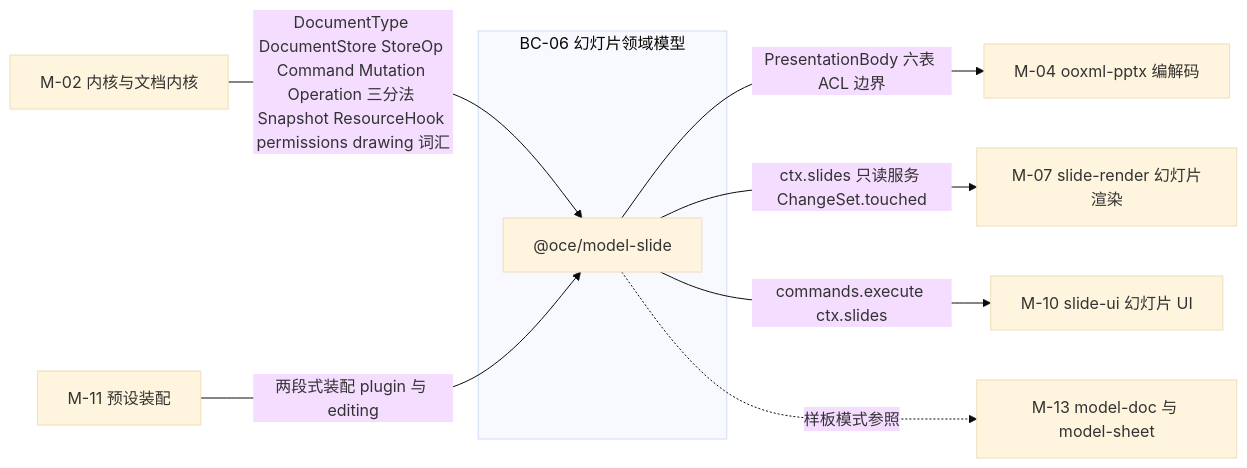
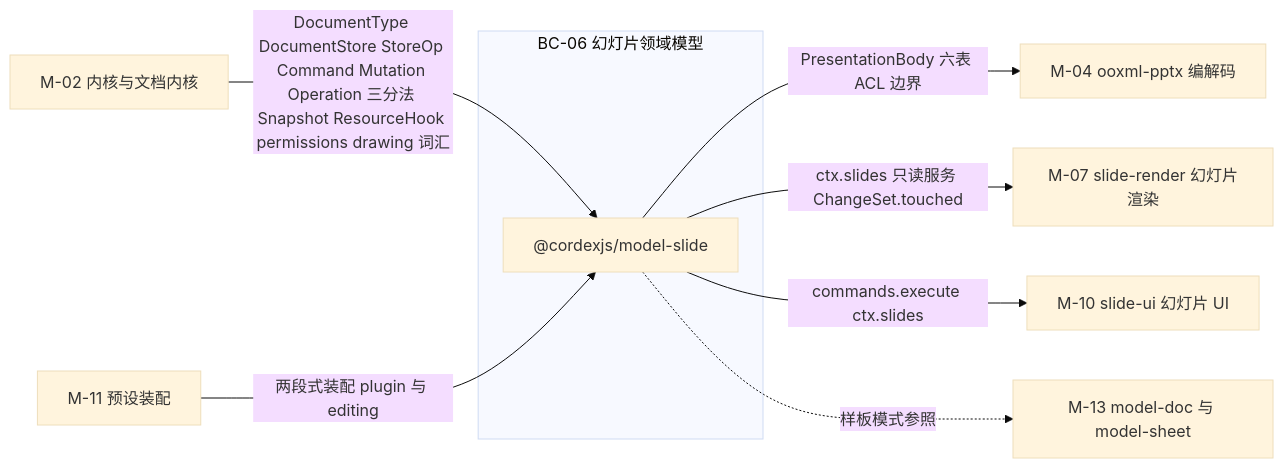
One commit to Xeonice/cordis-ppt-editor changed the first of 5 diagrams in docs/40-modules/03-slide-domain-model.md. Above: the diagram before and after it, drawn with Mermaid (base theme). The commit also changed other lines of this file and 23 other files, not shown here.

````diff
--- a/docs/40-modules/03-slide-domain-model.md
+++ b/docs/40-modules/03-slide-domain-model.md
@@ -25,18 +25,18 @@
 ```mermaid
 flowchart LR
   m02["M-02 内核与文档内核"]
   subgraph bc06["BC-06 幻灯片领域模型"]
-    pkgModelSlide["@oce/model-slide"]
+    pkgModelSlide["@cordexjs/model-slide"]
   end
   m04["M-04 ooxml-pptx 编解码"]
   m07["M-07 slide-render 幻灯片渲染"]
   m10["M-10 slide-ui 幻灯片 UI"]
   m11["M-11 预设装配"]
   m13["M-13 model-doc 与 model-sheet"]
   m02 -- "DocumentType DocumentStore StoreOp Command Mutation Operation 三分法 Snapshot ResourceHook permissions drawing 词汇" --> pkgModelSlide
   pkgModelSlide -- "PresentationBody 六表 ACL 边界" --> m04
   pkgModelSlide -- "ctx.slides 只读服务 ChangeSet.touched" --> m07
   pkgModelSlide -- "commands.execute ctx.slides" --> m10
   pkgModelSlide -. "样板模式参照" .-> m13
   m11 -- "两段式装配 plugin 与 editing" --> pkgModelSlide
 ```
````
